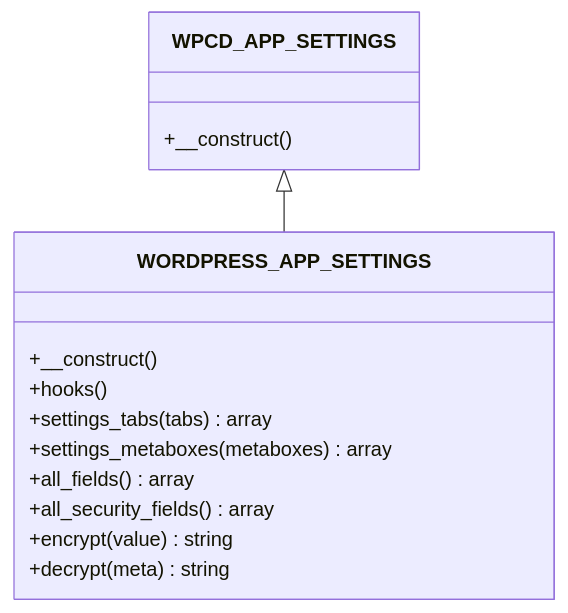
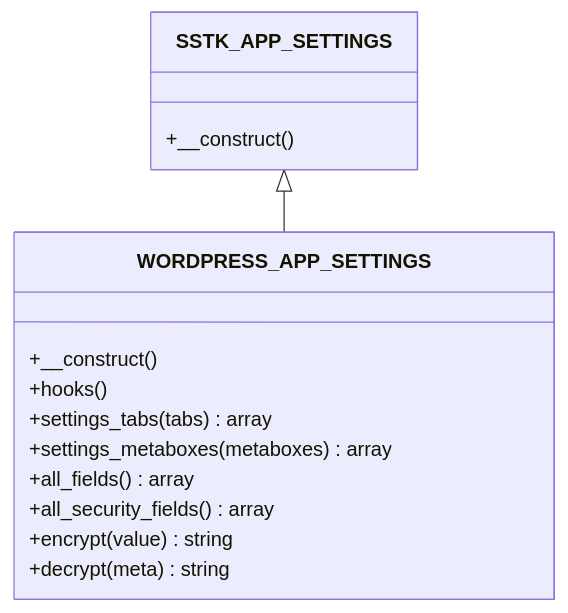
Before and after one commit to onedogsolutions/simple-stack: the fifth of 8 diagrams in .qoder/repowiki/en/content/WordPress Application Engine/WordPress Application Lifecycle Management.md, drawn with Mermaid. The commit also changed other lines of this file and 5941 other files, not shown here.

````diff
--- a/.qoder/repowiki/en/content/WordPress Application Engine/WordPress Application Lifecycle Management.md
+++ b/.qoder/repowiki/en/content/WordPress Application Engine/WordPress Application Lifecycle Management.md
@@ -216,17 +215,17 @@
 ```mermaid
 classDiagram
-class WPCD_APP_SETTINGS {
+class SSTK_APP_SETTINGS {
 +__construct()
 }
 class WORDPRESS_APP_SETTINGS {
 +__construct()
 +hooks()
 +settings_tabs(tabs) array
 +settings_metaboxes(metaboxes) array
 +all_fields() array
 +all_security_fields() array
 +encrypt(value) string
 +decrypt(meta) string
 }
-WPCD_APP_SETTINGS <|-- WORDPRESS_APP_SETTINGS
+SSTK_APP_SETTINGS <|-- WORDPRESS_APP_SETTINGS
 ```
````
